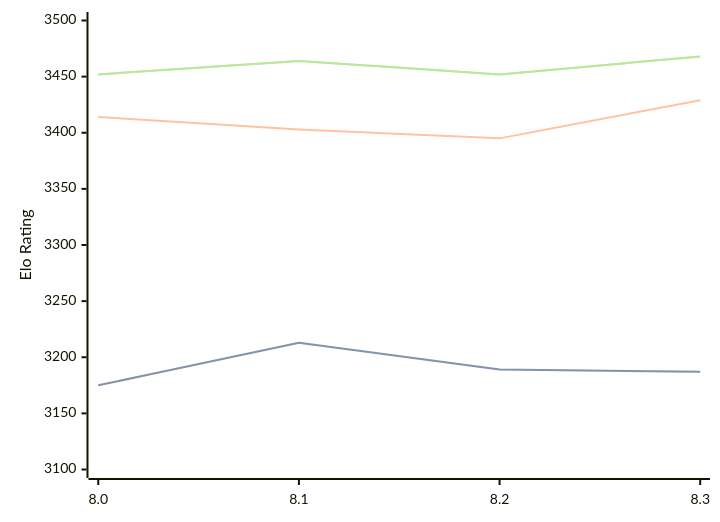
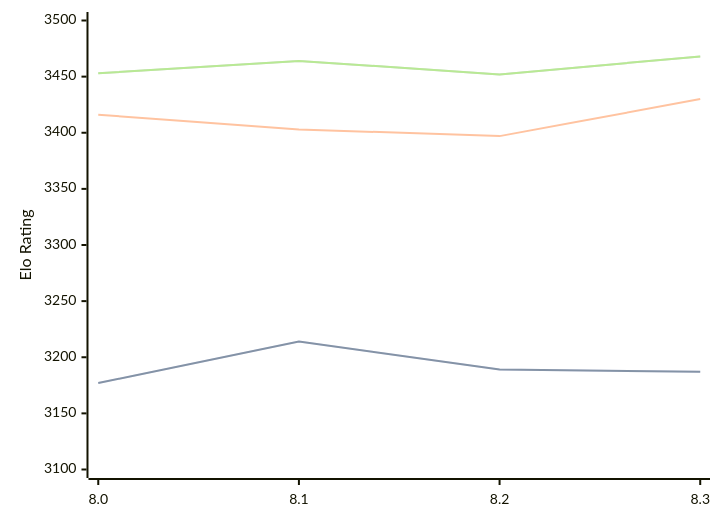
One commit to computer-chess-index/cci changed the diagram in engines/Alexander.md. Above: the diagram before and after it, drawn with Mermaid. The commit also changed other lines of this file, not shown here.

Commit message:
Update CCI Ratings (ELO VLTC) - 2026-04-25

````diff
--- a/engines/Alexander.md
+++ b/engines/Alexander.md
@@ -48,11 +48,11 @@
 ```mermaid
 %%{init: {"theme":"base","themeVariables":{"seriesColors:['#a3a3a3','#222221','#faa371']}}}%%
 xychart-beta
   x-axis ["8.0", "8.1", "8.2", "8.3"]
   y-axis "Elo Rating" 3100 --> 3500
-  line "STC (8.0+0.08s)" [3175, 3213, 3189, 3187]
-  line "STC (8.0+0.08s)" [3175, 3213, 3189, 3187]
-  line "LTC (60.0+0.60s)" [3414, 3403, 3395, 3429]
-  line "VLTC (2m24s+1.12s)" [3452, 3464, 3452, 3468]
-  line "VLTC (2m24s+1.12s)" [3452, 3464, 3452, 3468]
+  line "STC (8.0+0.08s)" [3177, 3214, 3189, 3187]
+  line "STC (8.0+0.08s)" [3177, 3214, 3189, 3187]
+  line "LTC (60.0+0.60s)" [3416, 3403, 3397, 3430]
+  line "VLTC (2m24s+1.12s)" [3453, 3464, 3452, 3468]
+  line "VLTC (2m24s+1.12s)" [3453, 3464, 3452, 3468]
 ```
````
